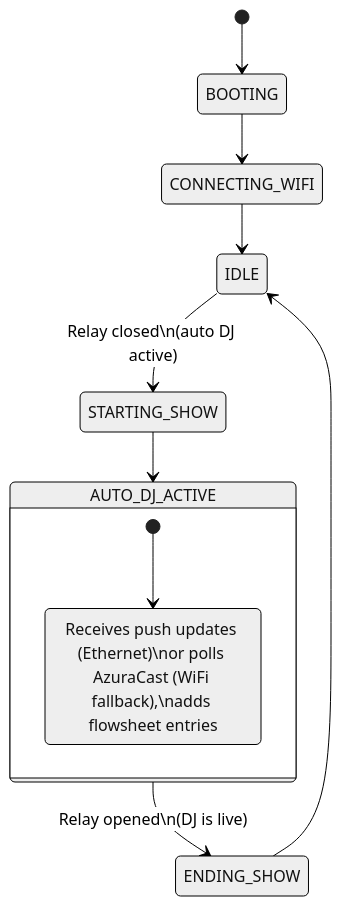
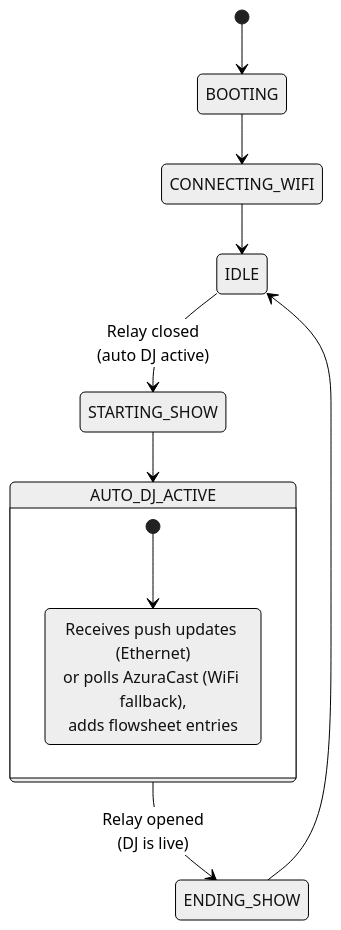
The third of 3 diagrams in README.md (WXYC/auto-dj-arduino-switch), drawn with Mermaid (neutral theme) before and after one commit. The commit also changed other lines of this file, not shown here.

````diff
--- a/README.md
+++ b/README.md
@@ -45,15 +45,15 @@
 ```mermaid
 stateDiagram-v2
     [*] --> BOOTING
     BOOTING --> CONNECTING_WIFI
     CONNECTING_WIFI --> IDLE
-    IDLE --> STARTING_SHOW : Relay closed\n(auto DJ active)
+    IDLE --> STARTING_SHOW : Relay closed<br>(auto DJ active)
     STARTING_SHOW --> AUTO_DJ_ACTIVE
-    AUTO_DJ_ACTIVE --> ENDING_SHOW : Relay opened\n(DJ is live)
+    AUTO_DJ_ACTIVE --> ENDING_SHOW : Relay opened<br>(DJ is live)
     ENDING_SHOW --> IDLE
 
     state AUTO_DJ_ACTIVE {
         [*] --> TrackDetection
-        TrackDetection : Receives push updates (Ethernet)\nor polls AzuraCast (WiFi fallback),\nadds flowsheet entries
+        TrackDetection : Receives push updates (Ethernet)<br>or polls AzuraCast (WiFi fallback),<br>adds flowsheet entries
     }
 ```
````
